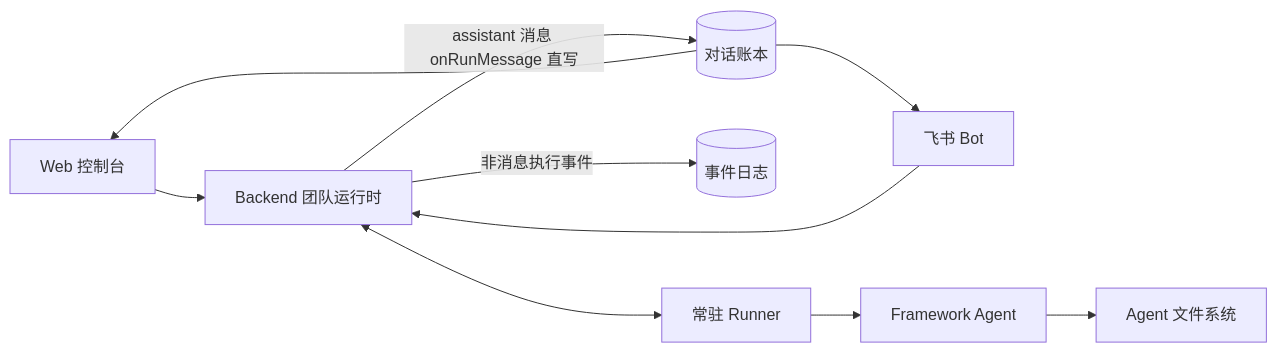
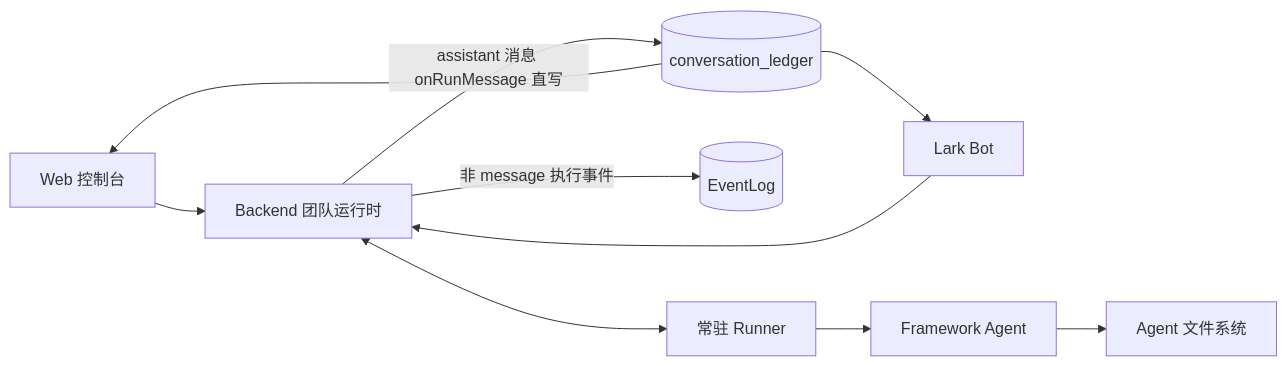
The diagram in README.md (Chengchcc/my-agent-team), drawn with Mermaid before and after one commit. The commit also changed other lines of this file and 17 other files, not shown here.

````diff
--- a/README.md
+++ b/README.md
@@ -15,12 +15,12 @@
 ```mermaid
 flowchart LR
   Web[Web 控制台] --> Backend[Backend 团队运行时]
-  Lark[飞书 Bot] --> Backend
-  Backend -->|assistant 消息 onRunMessage 直写| Ledger[(对话账本)]
-  Backend -->|非消息执行事件| EventLog[(事件日志)]
+  Lark[Lark Bot] --> Backend
+  Backend -->|assistant 消息 onRunMessage 直写| Ledger[(conversation_ledger)]
+  Backend -->|非 message 执行事件| EventLog[(EventLog)]
   Backend <--> Runner[常驻 Runner]
   Runner --> Framework[Framework Agent]
   Framework --> AFS[Agent 文件系统]
   Ledger --> Web
   Ledger --> Lark
 ```
````
